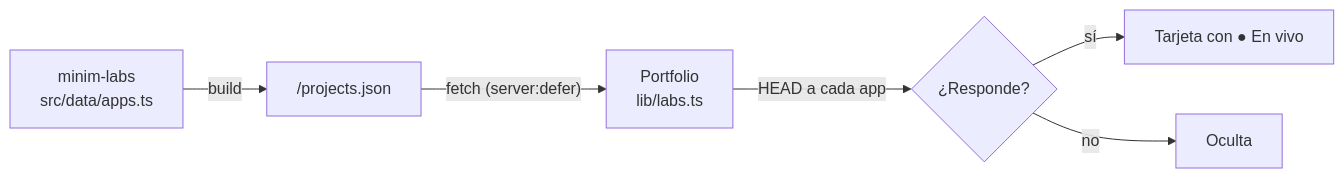
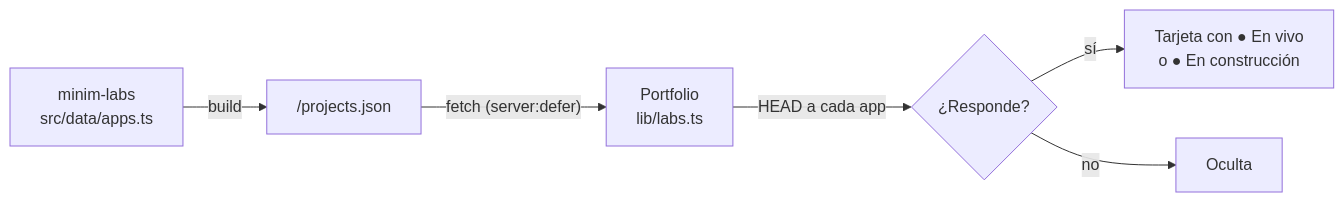
Before and after one commit to minimorcy/minim-portfolio: the diagram in README.md, drawn with Mermaid. The commit also changed other lines of this file and 19 other files, not shown here.

````diff
--- a/README.md
+++ b/README.md
@@ -52,8 +52,8 @@
 ```mermaid
 flowchart LR
   A["minim-labs<br/>src/data/apps.ts"] -- build --> B["/projects.json"]
   B -- "fetch (server:defer)" --> C["Portfolio<br/>lib/labs.ts"]
   C -- "HEAD a cada app" --> D{"¿Responde?"}
-  D -- sí --> E["Tarjeta con ● En vivo"]
+  D -- sí --> E["Tarjeta con ● En vivo<br/>o ● En construcción"]
   D -- no --> F["Oculta"]
 ```
````
